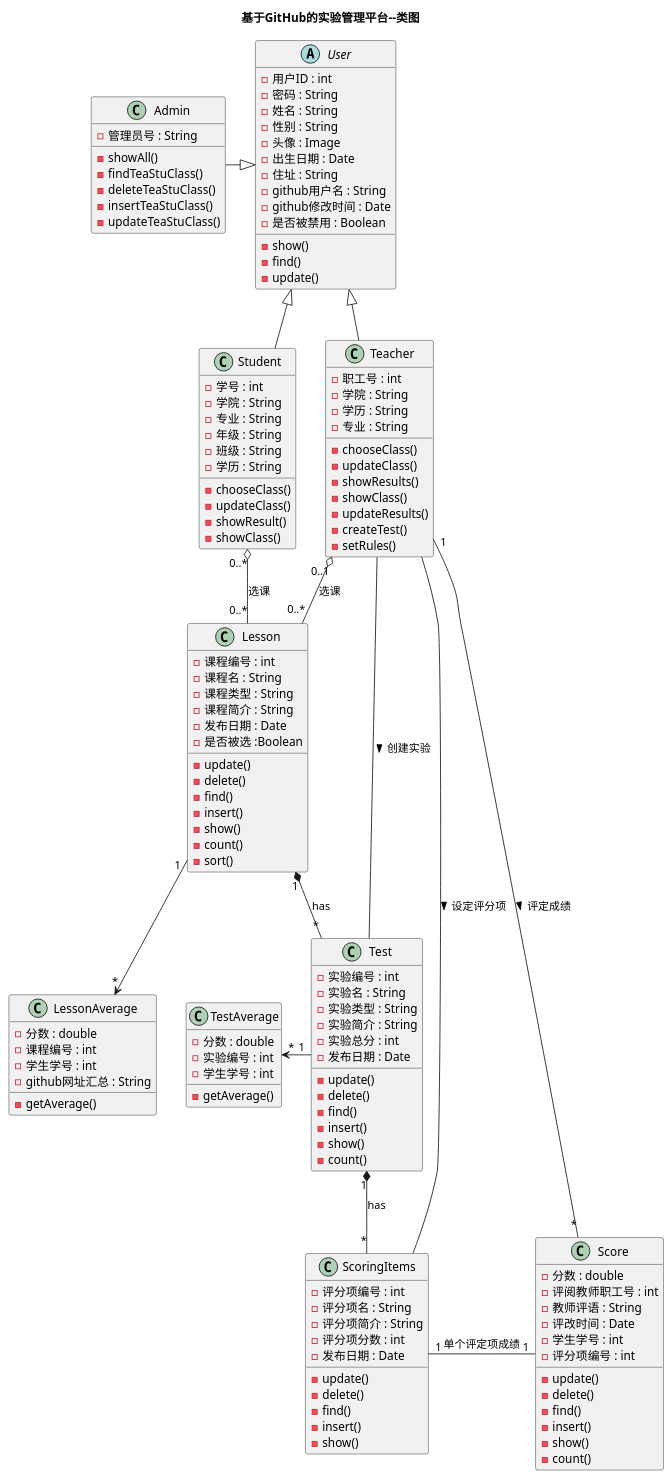
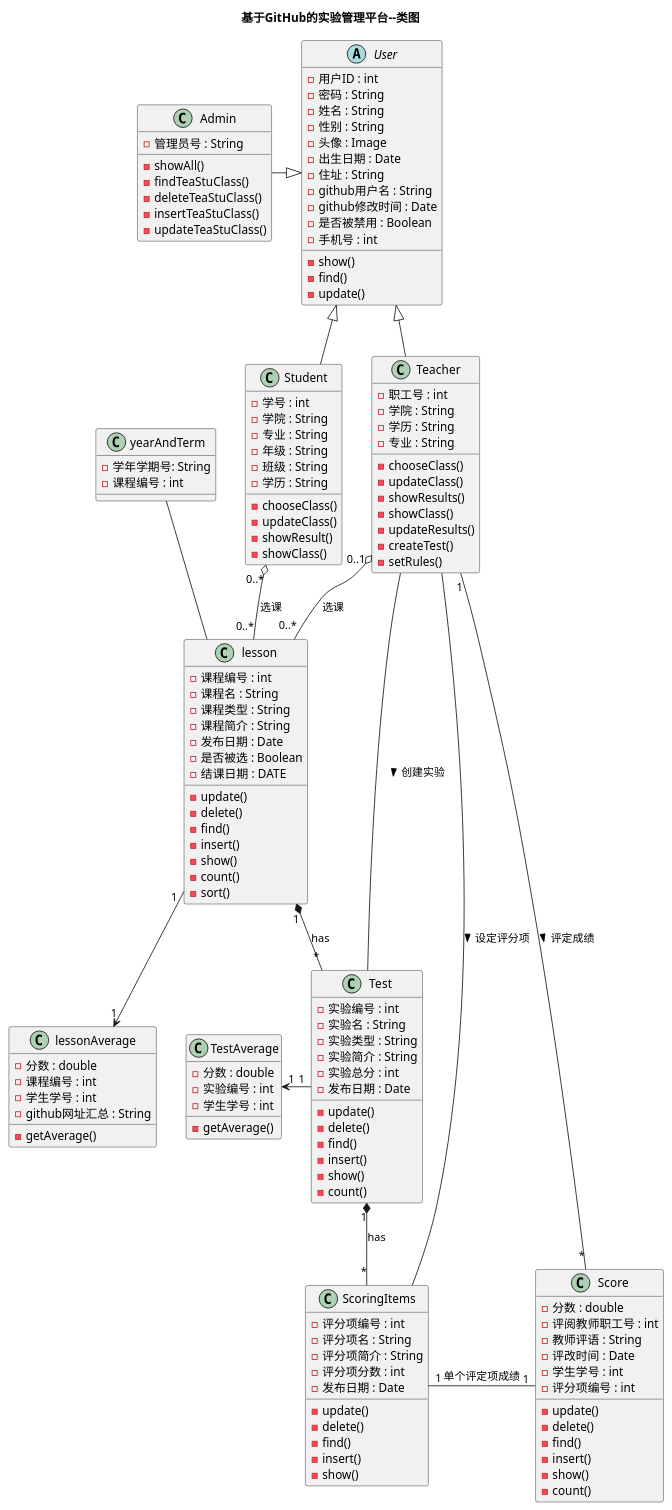
The diagram in test6/src/systemClass.puml (mzy1997/is_analysis), drawn with PlantUML before and after one commit. The commit also changed 35 other files, not shown here.

```diff
--- a/test6/src/systemClass.puml
+++ b/test6/src/systemClass.puml
@@ -1,144 +1,151 @@
 @startuml
 title 基于GitHub的实验管理平台--类图
 abstract class User{
 -用户ID : int
 -密码 : String
 -姓名 : String
 -性别 : String
 -头像 : Image
 -出生日期 : Date
 -住址 : String
 -github用户名 : String
 -github修改时间 : Date
 -是否被禁用 : Boolean
+-手机号 : int
 -show()
 -find()
 -update()
 }
 
 class Admin{
 -管理员号 : String
 -showAll()
 -findTeaStuClass()
 -deleteTeaStuClass()
 -insertTeaStuClass()
 -updateTeaStuClass()
 }
 
 class Student{
 -学号 : int
 -学院 : String
 -专业 : String
 -年级 : String
 -班级 : String
 -学历 : String
 -chooseClass()
 -updateClass()
 -showResult()
 -showClass()
 }
 
 class Teacher{
 -职工号 : int
 -学院 : String
 -学历 : String
 -专业 : String
 -chooseClass()
 -updateClass()
 -showResults()
 -showClass()
 -updateResults()
 -createTest()
 -setRules()
 }
 
 User <|-- Student
 User <|-- Teacher
 User <|-left- Admin
 
-class Lesson{
+class lesson{
 -课程编号 : int
 -课程名 : String
 -课程类型 : String
 -课程简介 : String
 -发布日期 : Date
--是否被选 :Boolean
+-是否被选 : Boolean
+-结课日期 : DATE
 -update()
 -delete()
 -find()
 -insert()
 -show()
 -count()
 -sort()
 }
 
 class Test{
 -实验编号 : int
 -实验名 : String
 -实验类型 : String
 -实验简介 : String
 -实验总分 : int
 -发布日期 : Date
 -update()
 -delete()
 -find()
 -insert()
 -show()
 -count()
 }
 
 class ScoringItems{
 -评分项编号 : int
 -评分项名 : String
 -评分项简介 : String
 -评分项分数 : int
 -发布日期 : Date
 -update()
 -delete()
 -find()
 -insert()
 -show()
 }
 
-Teacher "0..1" o-- "0..*" Lesson:选课
-Student "0..*" o--"0..*" Lesson:选课
-Lesson "1" *--"*" Test:has
+Teacher "0..1" o-- "0..*" lesson:选课
+Student "0..*" o--"0..*" lesson:选课
+lesson "1" *--"*" Test:has
 Test "1" *--"*" ScoringItems:has
 Teacher -- Test:创建实验 >
 Teacher -- ScoringItems:设定评分项 >
-
+lesson -up- yearAndTerm
 
 class Score{
 -分数 : double
 -评阅教师职工号 : int
 -教师评语 : String
 -评改时间 : Date
 -学生学号 : int
 -评分项编号 : int
 -update()
 -delete()
 -find()
 -insert()
 -show()
 -count()
 }
 
 class TestAverage{
 -分数 : double
 -实验编号 : int
 -学生学号 : int
 -getAverage()
 }
 
-class LessonAverage{
+class lessonAverage{
 -分数 : double
 -课程编号 : int
 -学生学号 : int
 -github网址汇总 : String
 -getAverage()
 }
+
+class yearAndTerm{
+-学年学期号: String
+-课程编号 : int
+}
 ScoringItems "1"-right-"1" Score:单个评定项成绩
 Teacher "1"--"*" Score:评定成绩 >
-Test "1" -left->"*" TestAverage
-Lesson "1" -->"*" LessonAverage
+Test "1" -left->"1" TestAverage
+lesson "1" -->"1" lessonAverage
 @enduml
```
